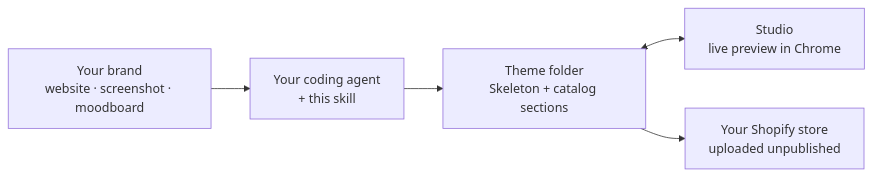
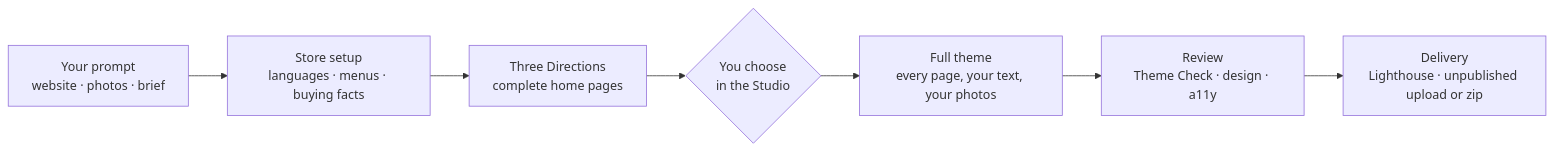
The diagram in README.md (itsmylife44/shopify-theme-builder), drawn with Mermaid before and after one commit. The commit also changed other lines of this file, not shown here.

First line of the commit message:
Rewrite the README around an example prompt and the full flow

````diff
--- a/README.md
+++ b/README.md
@@ -53,7 +73,9 @@
 ```mermaid
 flowchart LR
-    A["Your brand<br/>website · screenshot · moodboard"] --> B["Your coding agent<br/>+ this skill"]
-    B --> C["Theme folder<br/>Skeleton + catalog sections"]
-    C <--> D["Studio<br/>live preview in Chrome"]
-    C --> E["Your Shopify store<br/>uploaded unpublished"]
+    P["Your prompt<br/>website · photos · brief"] --> S["Store setup<br/>languages · menus · buying facts"]
+    S --> D["Three Directions<br/>complete home pages"]
+    D --> C{"You choose<br/>in the Studio"}
+    C --> T["Full theme<br/>every page, your text, your photos"]
+    T --> R["Review<br/>Theme Check · design · a11y"]
+    R --> X["Delivery<br/>Lighthouse · unpublished upload or zip"]
 ```
````
